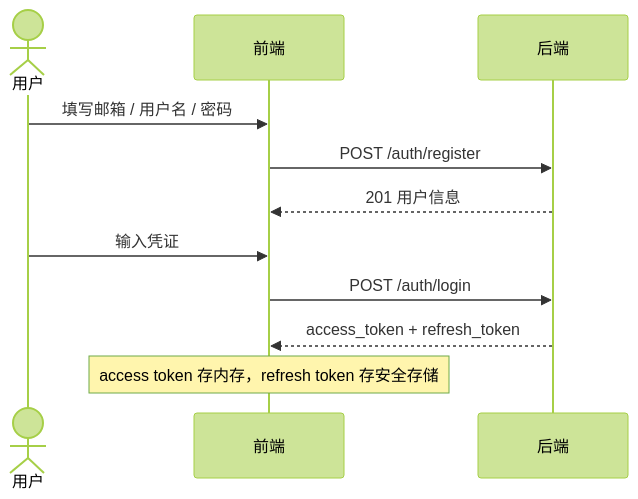
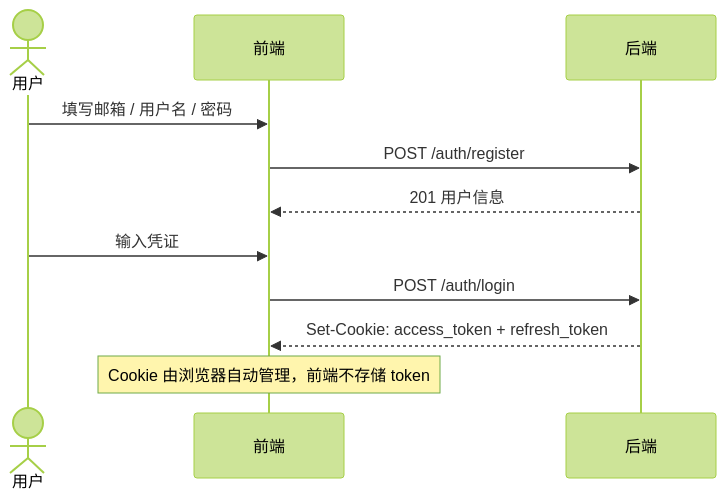
The first of 3 diagrams in docs/prd.md (pykelysia/knowledge2exam), drawn with Mermaid (forest theme) before and after one commit. The commit also changed other lines of this file and 5 other files, not shown here.

````diff
--- a/docs/prd.md
+++ b/docs/prd.md
@@ -206,14 +206,14 @@
 ```mermaid
 sequenceDiagram
     actor U as 用户
     participant F as 前端
     participant B as 后端
 
     U->>F: 填写邮箱 / 用户名 / 密码
     F->>B: POST /auth/register
     B-->>F: 201 用户信息
     U->>F: 输入凭证
     F->>B: POST /auth/login
-    B-->>F: access_token + refresh_token
-    Note over F: access token 存内存，refresh token 存安全存储
+    B-->>F: Set-Cookie: access_token + refresh_token
+    Note over F: Cookie 由浏览器自动管理，前端不存储 token
 ```
````
